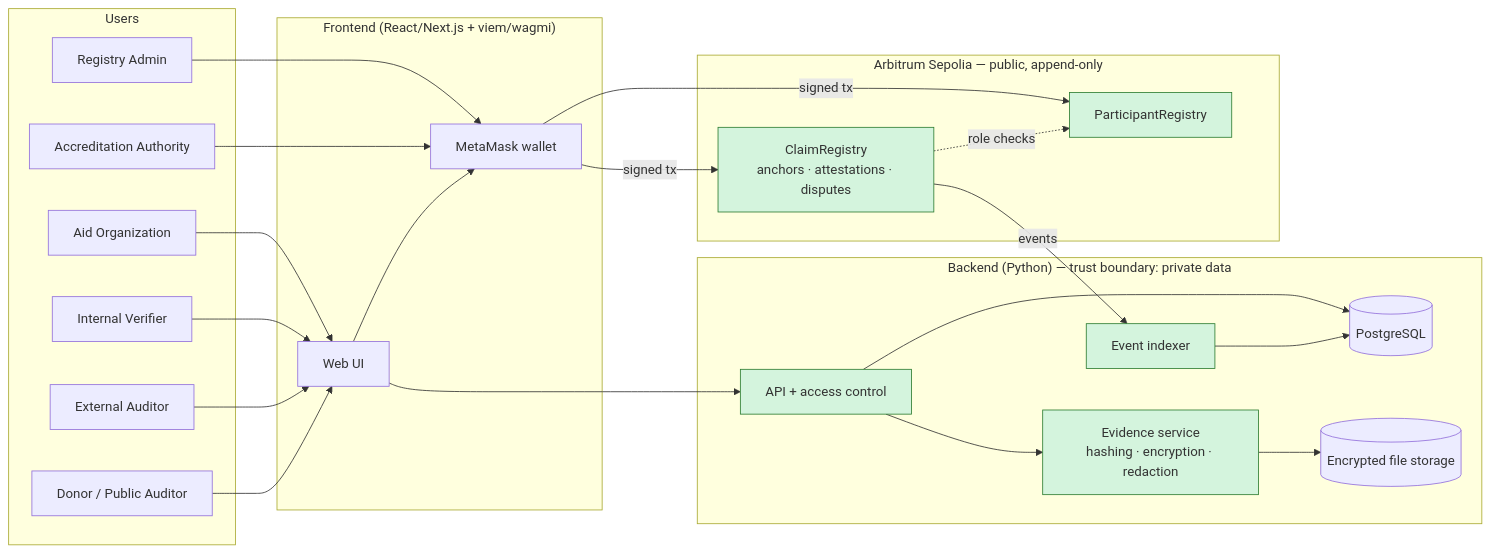
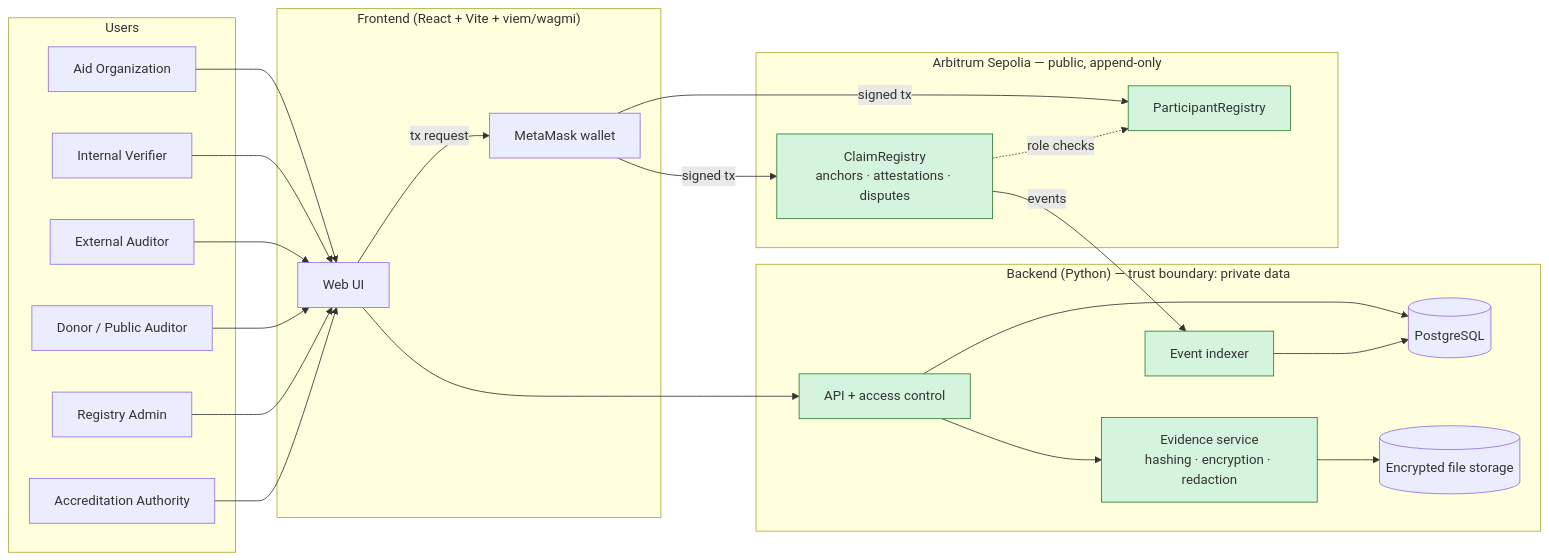
The second of 2 diagrams in docs/ARCHITECTURE.md (gpalfercmd/team-05), drawn with Mermaid before and after one commit. The commit also changed other lines of this file, not shown here.

Commit message:
Modified ARCHITECTURE.md v1.1

````diff
--- a/docs/ARCHITECTURE.md
+++ b/docs/ARCHITECTURE.md
@@ -70,43 +70,42 @@
 ```mermaid
 flowchart LR
   subgraph Users
     ORG[Aid Organization]
     IVER[Internal Verifier]
     AUD[External Auditor]
     PUB[Donor / Public Auditor]
     ADM[Registry Admin]
     AUTH[Accreditation Authority]
   end
 
-  subgraph Client["Frontend (React/Next.js + viem/wagmi)"]
+  subgraph Client["Frontend (React + Vite + viem/wagmi)"]
     UI[Web UI]
     WAL[MetaMask wallet]
   end
 
   subgraph Offchain["Backend (Python) — trust boundary: private data"]
     API[API + access control]
     EVS[Evidence service<br/>hashing · encryption · redaction]
     IDX[Event indexer]
     DB[(PostgreSQL)]
     FS[(Encrypted file storage)]
   end
 
   subgraph Onchain["Arbitrum Sepolia — public, append-only"]
     REG[ParticipantRegistry]
     CLM[ClaimRegistry<br/>anchors · attestations · disputes]
   end
 
-  ORG & IVER & AUD & PUB --> UI
-  ADM & AUTH --> WAL
+  ORG & IVER & AUD & PUB & ADM & AUTH --> UI
   UI --> API
-  UI --> WAL
+  UI -- tx request --> WAL
   WAL -- signed tx --> REG
   WAL -- signed tx --> CLM
   API --> EVS --> FS
   API --> DB
   CLM -- events --> IDX --> DB
   CLM -. role checks .-> REG
 
   classDef impl fill:#d4f4dd,stroke:#2e7d32;
   class EVS,CLM,REG,API,IDX impl;
 ```
````
